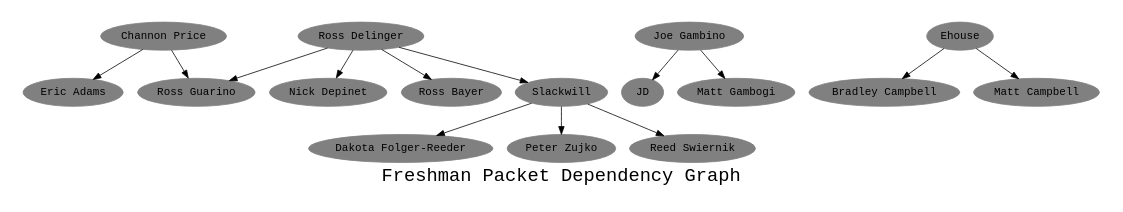
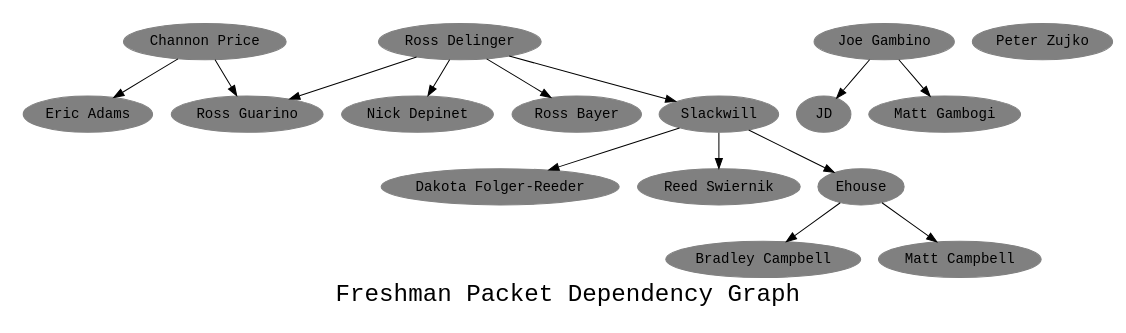
The diagram in dep.gv (robgssp/CSHDigraph), drawn with Graphviz before and after one commit.

Commit message:
Swap deps

```diff
--- a/dep.gv
+++ b/dep.gv
@@ -1,41 +1,41 @@
 digraph "Packet Dependencies" {
 	graph [ fontname = "Monospace",
 	      	fontsize = 24,
 		label = "Freshman Packet Dependency Graph",
 		size = "6,6" ];
 	node [	shape = oval,
 	     	color = grey,
 		style = filled,
 		fontname = "Monospace" ];
 
 	"Channon Price";
 	"Dakota Folger-Reeder";
 	"Eric Adams";
 	"JD";
 	"Joe Gambino";
 	"Nick Depinet";
 	"Matt Gambogi";
 	"Peter Zujko";
 	"Reed Swiernik";
 	"Ross Bayer";
 	"Ross Delinger";
 	"Ross Guarino";
 	"Slackwill";
         "Ehouse";
         "Bradley Campbell";
         "Matt Campbell";
 
 	"Channon Price" -> "Eric Adams";
 	"Channon Price" -> "Ross Guarino";
 	"Joe Gambino" -> "JD";
 	"Joe Gambino" -> "Matt Gambogi";
 	"Ross Delinger" -> "Slackwill";
 	"Ross Delinger" -> "Nick Depinet";
 	"Ross Delinger" -> "Ross Guarino";
 	"Ross Delinger" -> "Ross Bayer";
 	"Slackwill" -> "Reed Swiernik";
-	"Slackwill" -> "Peter Zujko";
+	"Slackwill" -> "Ehouse";
 	"Slackwill" -> "Dakota Folger-Reeder";
         "Ehouse" -> "Bradley Campbell";
         "Ehouse" -> "Matt Campbell";
 }
```
